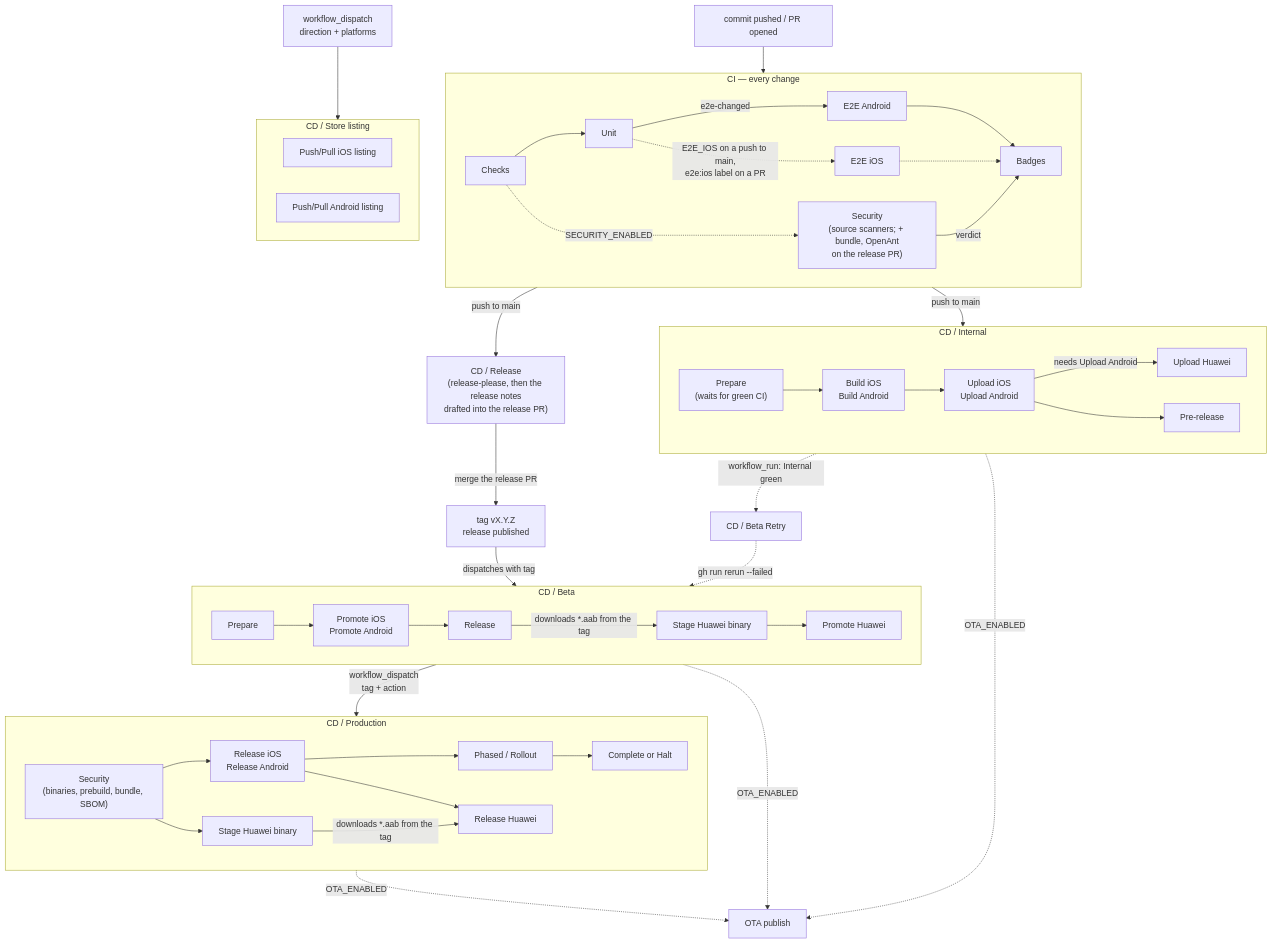
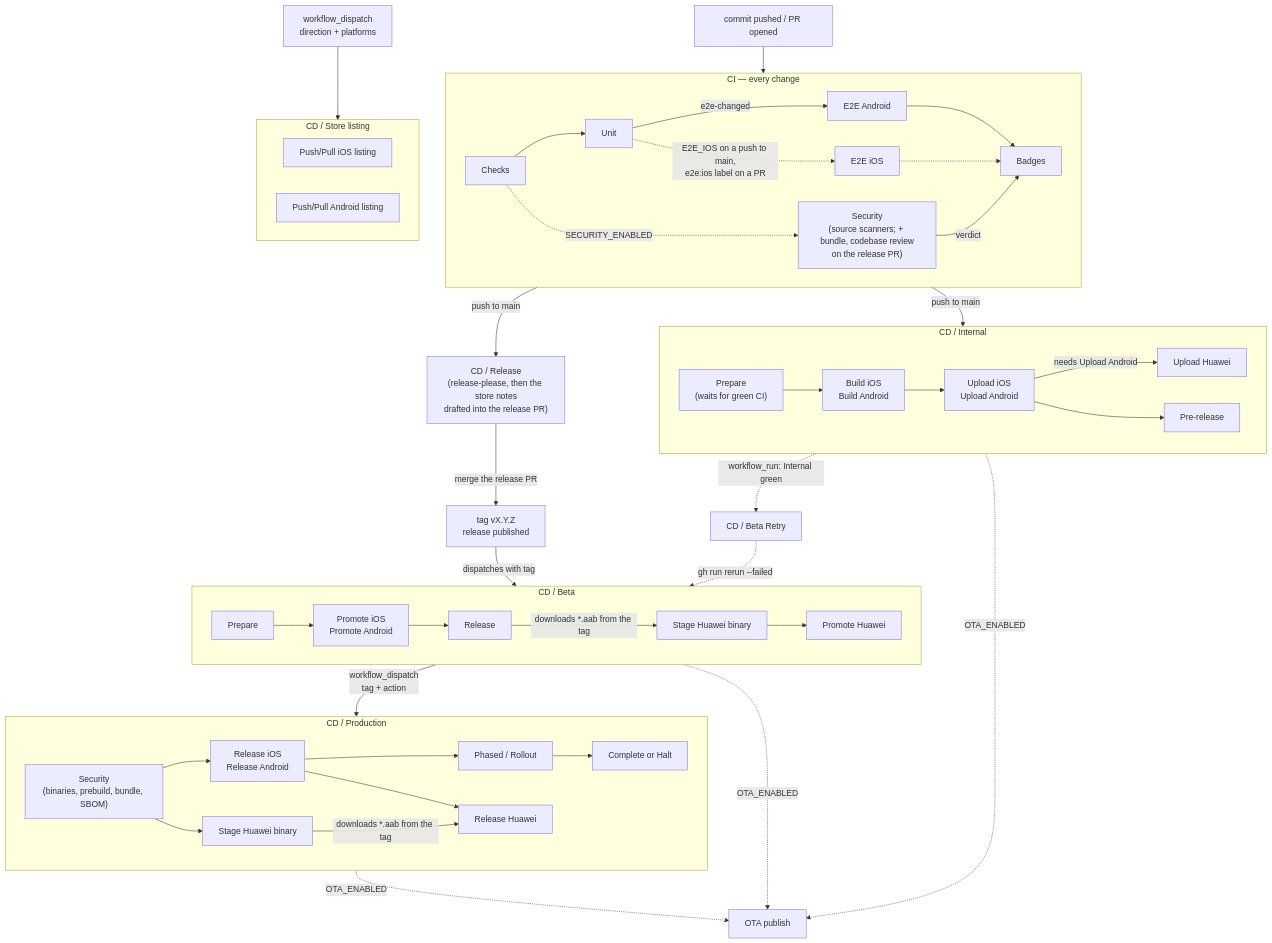
The diagram in docs/ci.md (blinkbitcoin/react-native-mobile-template), drawn with Mermaid before and after one commit. The commit also changed other lines of this file and 130 other files, not shown here.

````diff
--- a/docs/ci.md
+++ b/docs/ci.md
@@ -23,58 +23,58 @@
 ```mermaid
 flowchart TD
   commit["commit pushed / PR opened"] --> CI
 
   subgraph CI["CI — every change"]
     direction LR
     checks["Checks"] --> unit["Unit"] -->|"e2e-changed"| e2e["E2E Android"] --> badges["Badges"]
     unit -.->|"E2E_IOS on a push to main,<br/>e2e:ios label on a PR"| e2eios["E2E iOS"] -.-> badges
-    checks -.->|"SECURITY_ENABLED"| sec["Security<br/>(source scanners; + bundle, OpenAnt<br/>on the release PR)"]
+    checks -.->|"SECURITY_ENABLED"| sec["Security<br/>(source scanners; + bundle, codebase review<br/>on the release PR)"]
     sec -->|"verdict"| badges
   end
 
-  CI -->|"push to main"| rp["CD / Release<br/>(release-please, then the release notes<br/>drafted into the release PR)"]
+  CI -->|"push to main"| rp["CD / Release<br/>(release-please, then the store notes<br/>drafted into the release PR)"]
   CI -->|"push to main"| internal
 
   subgraph internal["CD / Internal"]
     direction LR
     prep["Prepare<br/>(waits for green CI)"] --> builds["Build iOS<br/>Build Android"]
     builds --> up["Upload iOS<br/>Upload Android"]
     up -->|"needs Upload Android"| uphuawei["Upload Huawei"]
     up --> pre["Pre-release"]
   end
 
   rp -->|"merge the release PR"| tag["tag vX.Y.Z<br/>release published"]
   tag -->|"dispatches with tag"| beta
 
   subgraph beta["CD / Beta"]
     direction LR
     bprep["Prepare"] --> promote["Promote iOS<br/>Promote Android"] --> brel["Release"]
     brel -->|"downloads *.aab from the tag"| bbin["Stage Huawei binary"]
     bbin --> bhuawei["Promote Huawei"]
   end
 
   internal -.->|"workflow_run: Internal green"| retry["CD / Beta Retry"]
   retry -.->|"gh run rerun --failed"| beta
 
   beta -->|"workflow_dispatch<br/>tag + action"| prod
 
   subgraph prod["CD / Production"]
     direction LR
     psec["Security<br/>(binaries, prebuild, bundle, SBOM)"] --> rel["Release iOS<br/>Release Android"] --> roll["Phased / Rollout"] --> done["Complete or Halt"]
     psec --> pbin["Stage Huawei binary"]
     pbin -->|"downloads *.aab from the tag"| phuawei["Release Huawei"]
     rel --> phuawei
   end
 
   listing["workflow_dispatch<br/>direction + platforms"] --> sm
 
   subgraph sm["CD / Store listing"]
     direction LR
     smios["Push/Pull iOS listing"]
     smandroid["Push/Pull Android listing"]
   end
 
   pre -.->|"OTA_ENABLED"| ota["OTA publish"]
   brel -.->|"OTA_ENABLED"| ota
   prod -.->|"OTA_ENABLED"| ota
 ```
````
